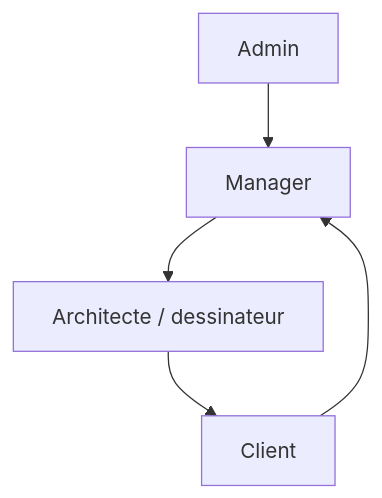
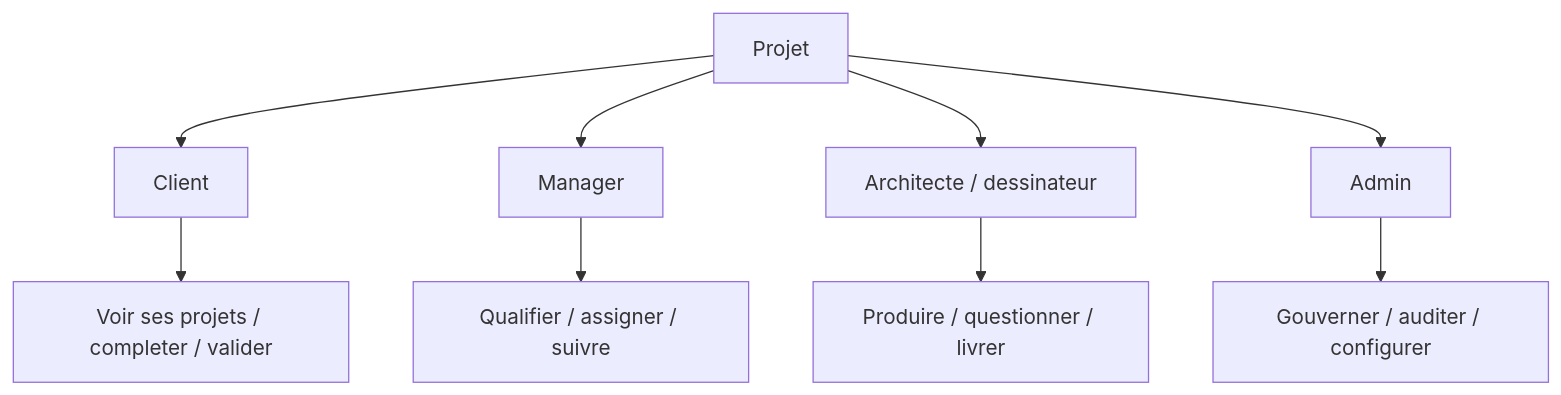
The first of 2 diagrams in docs/roles-permissions.md (RAYAN-DOB/vellum), drawn with Mermaid before and after one commit. The commit also changed other lines of this file and 42 other files, not shown here.

Commit message:
Rebuild visual identity with architectural premium UI

````diff
--- a/docs/roles-permissions.md
+++ b/docs/roles-permissions.md
@@ -12,7 +12,11 @@
 ```mermaid
 flowchart TD
-  Admin["Admin"] --> Manager["Manager"]
-  Manager --> Architect["Architecte / dessinateur"]
-  Client["Client"] --> Manager
-  Architect --> Client
+  Project["Projet"] --> Client["Client"]
+  Project --> Manager["Manager"]
+  Project --> Architect["Architecte / dessinateur"]
+  Project --> Admin["Admin"]
+  Client --> ClientActions["Voir ses projets / completer / valider"]
+  Manager --> ManagerActions["Qualifier / assigner / suivre"]
+  Architect --> ArchitectActions["Produire / questionner / livrer"]
+  Admin --> AdminActions["Gouverner / auditer / configurer"]
 ```
````
